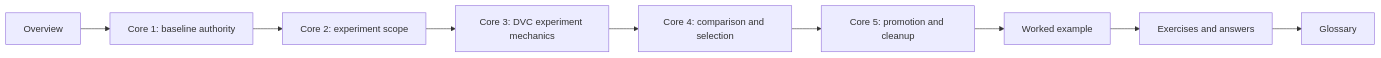
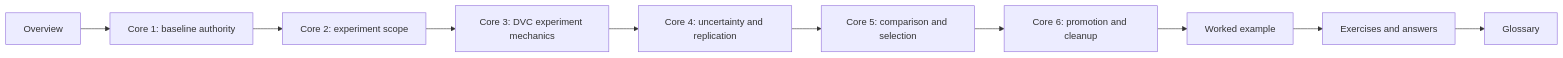
The third of 3 diagrams in programs/reproducible-research/deep-dive-dvc/course-book/module-06-experiments-baselines-controlled-change/index.md (bijux/bijux-masterclass), drawn with Mermaid before and after one commit. The commit also changed other lines of this file and 2 other files, not shown here.

````diff
--- a/programs/reproducible-research/deep-dive-dvc/course-book/module-06-experiments-baselines-controlled-change/index.md
+++ b/programs/reproducible-research/deep-dive-dvc/course-book/module-06-experiments-baselines-controlled-change/index.md
@@ -76,11 +76,12 @@
 ```mermaid
 flowchart LR
   overview["Overview"] --> core1["Core 1: baseline authority"]
   core1 --> core2["Core 2: experiment scope"]
   core2 --> core3["Core 3: DVC experiment mechanics"]
-  core3 --> core4["Core 4: comparison and selection"]
-  core4 --> core5["Core 5: promotion and cleanup"]
-  core5 --> example["Worked example"]
+  core3 --> core4["Core 4: uncertainty and replication"]
+  core4 --> core5["Core 5: comparison and selection"]
+  core5 --> core6["Core 6: promotion and cleanup"]
+  core6 --> example["Worked example"]
   example --> practice["Exercises and answers"]
   practice --> glossary["Glossary"]
 ```
````
